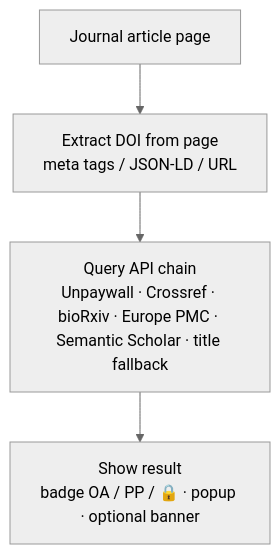
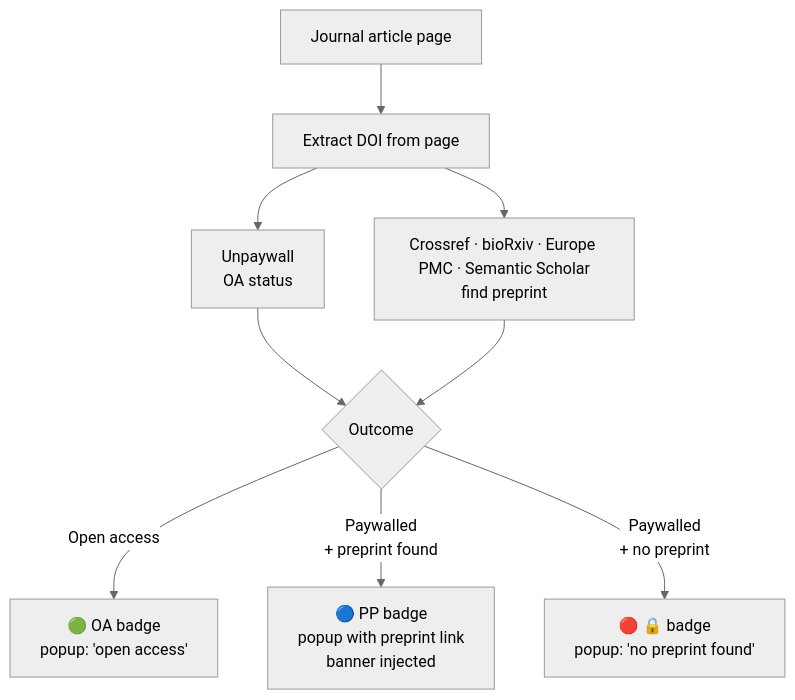
One commit to rustlab1/find-preprint-extension changed the diagram in README.md. Above: the diagram before and after it, drawn with Mermaid (neutral theme).

Commit message:
Show OA/preprint outcome branches in flowchart
Middle-ground diagram: keeps the parallel Unpaywall + preprint-search
queries visible, then branches the three outcomes (open access,
paywalled+preprint, paywalled+no preprint) with their badge, popup,
and banner behavior.

````diff
--- a/README.md
+++ b/README.md
@@ -26,6 +26,11 @@
 ```mermaid
 flowchart TD
-    A[Journal article page] --> B[Extract DOI from page<br/>meta tags / JSON-LD / URL]
-    B --> C[Query API chain<br/>Unpaywall · Crossref · bioRxiv · Europe PMC · Semantic Scholar · title fallback]
-    C --> D[Show result<br/>badge OA / PP / 🔒 · popup · optional banner]
+    A[Journal article page] --> B[Extract DOI from page]
+    B --> C[Unpaywall<br/>OA status]
+    B --> D[Crossref · bioRxiv · Europe PMC · Semantic Scholar<br/>find preprint]
+    C --> E{Outcome}
+    D --> E
+    E -- Open access --> F[🟢 OA badge<br/>popup: 'open access']
+    E -- Paywalled<br/>+ preprint found --> G[🔵 PP badge<br/>popup with preprint link<br/>banner injected]
+    E -- Paywalled<br/>+ no preprint --> H[🔴 🔒 badge<br/>popup: 'no preprint found']
 ```
````
